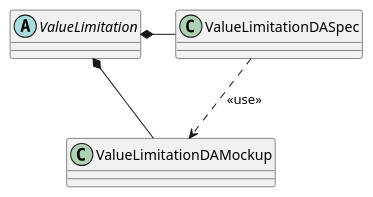
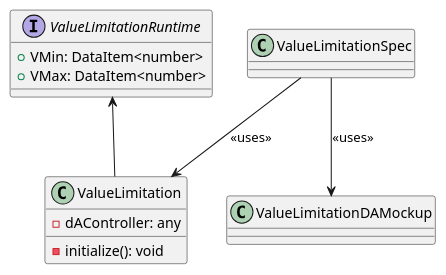
One commit to p2o-lab/polaris-backend changed the diagram in src/modularPlantManager/pea/dataAssembly/_extensions/valueLimitationDA/ValueLimitation.puml. Above: the diagram before and after it, drawn with PlantUML. The commit also changed 21 other files, not shown here.

```diff
--- a/src/modularPlantManager/pea/dataAssembly/_extensions/valueLimitationDA/ValueLimitation.puml
+++ b/src/modularPlantManager/pea/dataAssembly/_extensions/valueLimitationDA/ValueLimitation.puml
@@ -26,10 +26,18 @@
 @startuml
 'https://plantuml.com/class-diagram
 
-abstract class ValueLimitation
+interface ValueLimitationRuntime {
+	+ VMin: DataItem<number>
+	+ VMax: DataItem<number>
+}
 
-ValueLimitation *- ValueLimitationDASpec
-ValueLimitationDASpec ..> ValueLimitationDAMockup : <<use>>
-ValueLimitation *- ValueLimitationDAMockup
+class ValueLimitation{
+    - dAController: any
+    - initialize(): void
+}
+
+ValueLimitationRuntime <-- ValueLimitation
+ValueLimitationSpec --> ValueLimitation : <<uses>>
+ValueLimitationSpec --> ValueLimitationDAMockup : <<uses>>
 
 @enduml
```
